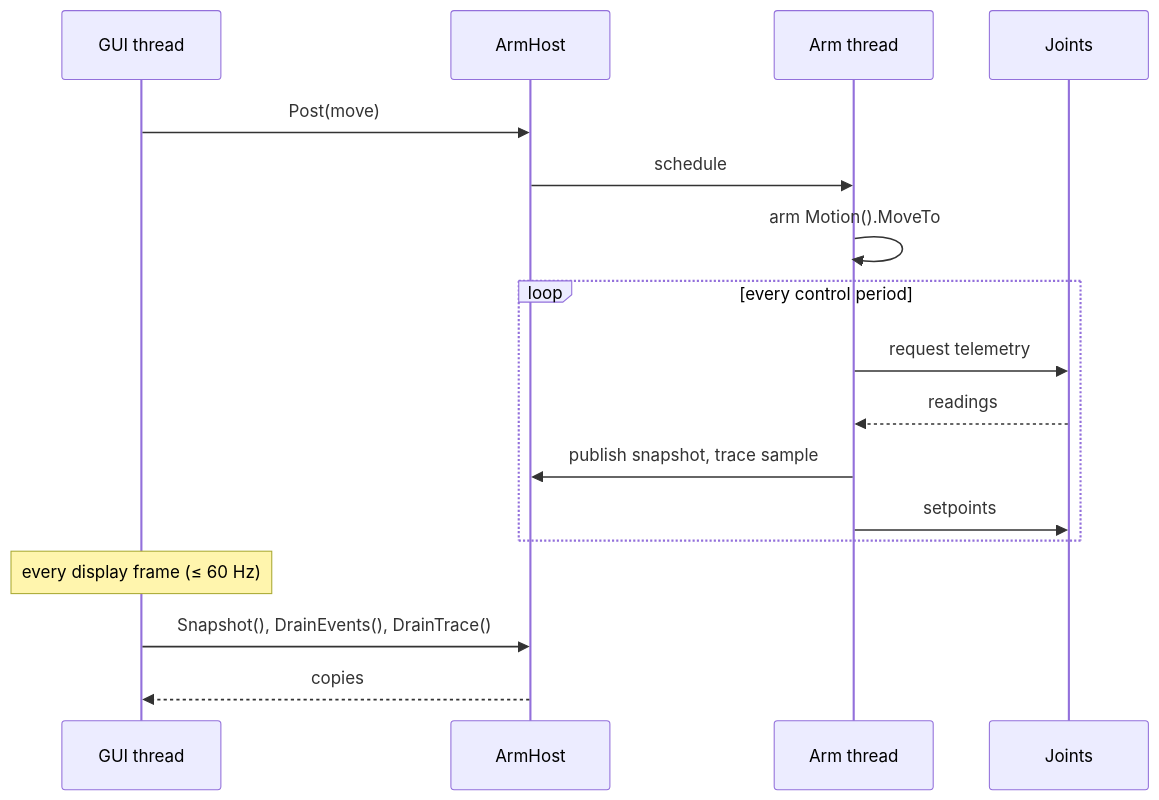
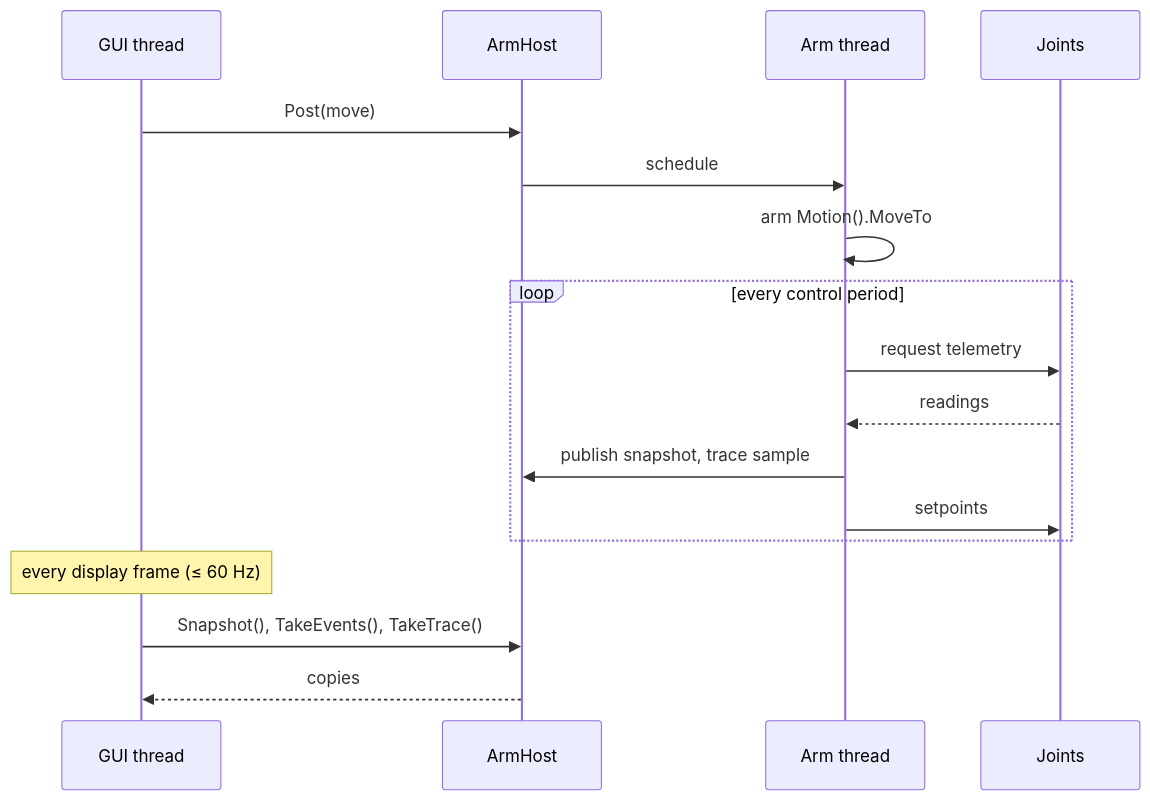
The second of 3 diagrams in documentation/design/simulator.md (embedded-pro/e-robot-arm), drawn with Mermaid before and after one commit. The commit also changed other lines of this file and 63 other files, not shown here.

````diff
--- a/documentation/design/simulator.md
+++ b/documentation/design/simulator.md
@@ -191,19 +208,19 @@
 ```mermaid
 sequenceDiagram
     participant G as GUI thread
     participant H as ArmHost
     participant A as Arm thread
     participant J as Joints
     G->>H: Post(move)
     H->>A: schedule
     A->>A: arm Motion().MoveTo
     loop every control period
         A->>J: request telemetry
         J-->>A: readings
         A->>H: publish snapshot, trace sample
         A->>J: setpoints
     end
     Note over G: every display frame (≤ 60 Hz)
-    G->>H: Snapshot(), DrainEvents(), DrainTrace()
+    G->>H: Snapshot(), TakeEvents(), TakeTrace()
     H-->>G: copies
 ```
````
